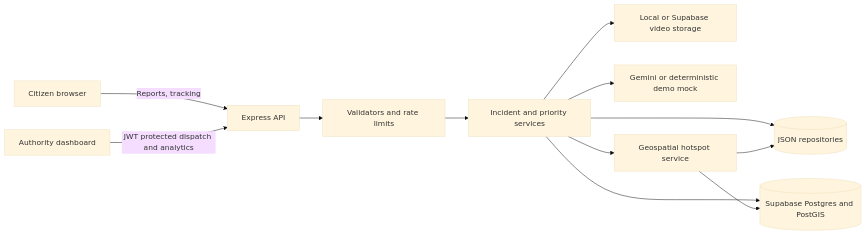
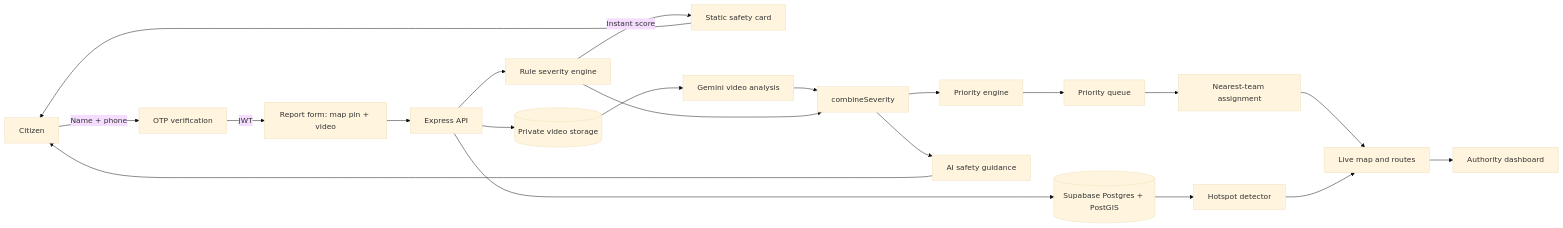
The diagram in README.md (samruthan7/RescueGrid), drawn with Mermaid (base theme) before and after one commit. The commit also changed other lines of this file, not shown here.

````diff
--- a/README.md
+++ b/README.md
@@ -143,14 +330,23 @@
 ```mermaid
 flowchart LR
-  Citizen[Citizen browser] -->|Reports, tracking| API[Express API]
-  Authority[Authority dashboard] -->|JWT protected dispatch and analytics| API
-  API --> Validate[Validators and rate limits]
-  Validate --> Incident[Incident and priority services]
-  Incident --> JSON[(JSON repositories)]
-  Incident --> Supabase[(Supabase Postgres and PostGIS)]
-  Incident --> Media[Local or Supabase video storage]
-  Incident --> AI[Gemini or deterministic demo mock]
-  Incident --> Hotspot[Geospatial hotspot service]
-  Hotspot --> JSON
-  Hotspot --> Supabase
+    C[Citizen] -->|Name + phone| OTP[OTP verification]
+    OTP -->|JWT| R[Report form: map pin + video]
+    R --> API[Express API]
+    API --> RULE[Rule severity engine]
+    API --> DB[(Supabase Postgres + PostGIS)]
+    API --> ST[(Private video storage)]
+    RULE -->|Instant score| SG[Static safety card]
+    ST --> AI[Gemini video analysis]
+    AI --> COMB[combineSeverity]
+    RULE --> COMB
+    COMB --> PRI[Priority engine]
+    DB --> HOT[Hotspot detector]
+    PRI --> Q[Priority queue]
+    Q --> ASG[Nearest-team assignment]
+    ASG --> MAP[Live map and routes]
+    HOT --> MAP
+    COMB --> AIG[AI safety guidance]
+    SG --> C
+    AIG --> C
+    MAP --> A[Authority dashboard]
 ```
````
